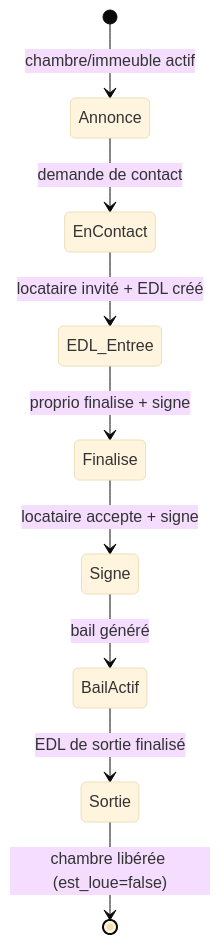
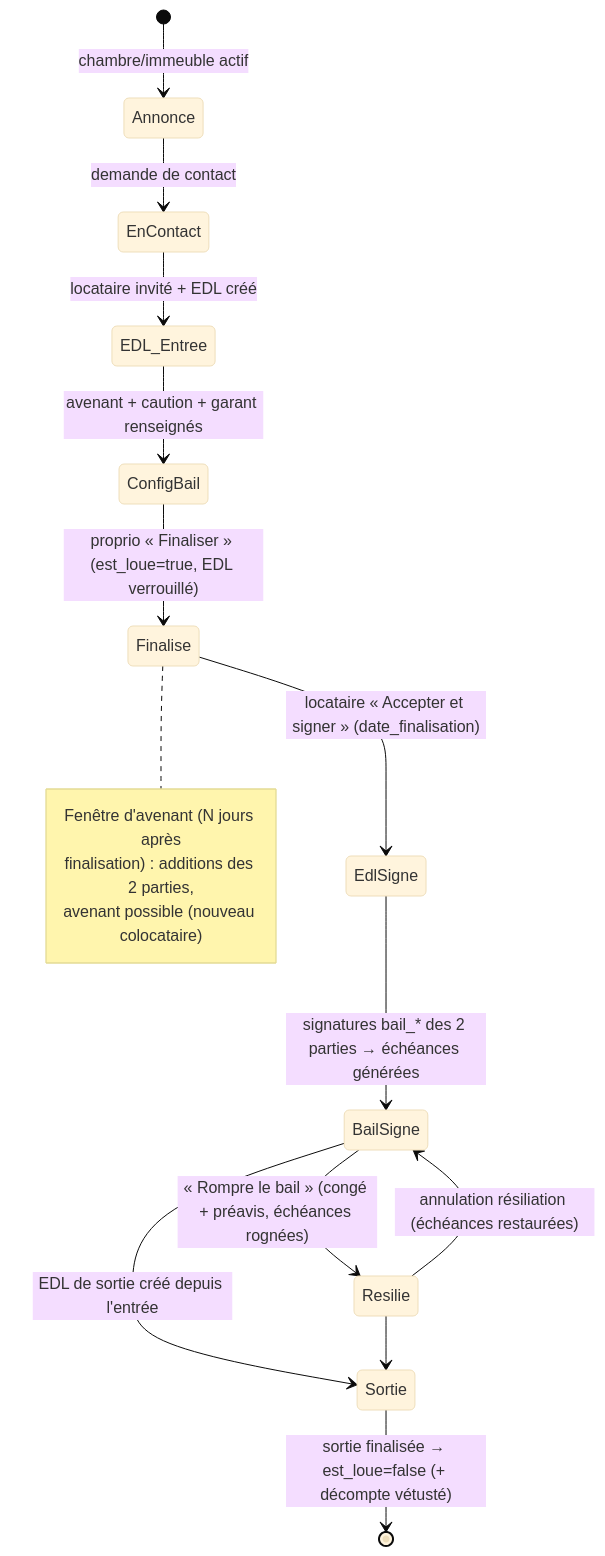
One commit to rhayonne/lacoloc changed the eighth of 8 diagrams in diagrams/10_parcours_location.md. Above: the diagram before and after it, drawn with Mermaid (base theme). The commit also changed other lines of this file and 31 other files, not shown here.

First line of the commit message:
feat(bail): résiliation avec prorata/remboursement de caution, acte de résiliation PDF, Vue générale Finances (v1.5.0)

````diff
--- a/diagrams/10_parcours_location.md
+++ b/diagrams/10_parcours_location.md
@@ -182,11 +296,21 @@
 ```mermaid
 stateDiagram-v2
     [*] --> Annonce: chambre/immeuble actif
     Annonce --> EnContact: demande de contact
     EnContact --> EDL_Entree: locataire invité + EDL créé
-    EDL_Entree --> Finalise: proprio finalise + signe
-    Finalise --> Signe: locataire accepte + signe
-    Signe --> BailActif: bail généré
-    BailActif --> Sortie: EDL de sortie finalisé
-    Sortie --> [*]: chambre libérée (est_loue=false)
+    EDL_Entree --> ConfigBail: avenant + caution + garant renseignés
+    ConfigBail --> Finalise: proprio « Finaliser » (est_loue=true, EDL verrouillé)
+    Finalise --> EdlSigne: locataire « Accepter et signer » (date_finalisation)
+    EdlSigne --> BailSigne: signatures bail_* des 2 parties → échéances générées
+    BailSigne --> Resilie: « Rompre le bail » (congé + préavis, échéances rognées)
+    Resilie --> BailSigne: annulation résiliation (échéances restaurées)
+    BailSigne --> Sortie: EDL de sortie créé depuis l'entrée
+    Resilie --> Sortie
+    Sortie --> [*]: sortie finalisée → est_loue=false (+ décompte vétusté)
+
+    note right of Finalise
+        Fenêtre d'avenant (N jours après
+        finalisation) : additions des 2 parties,
+        avenant possible (nouveau colocataire)
+    end note
 ```
````
